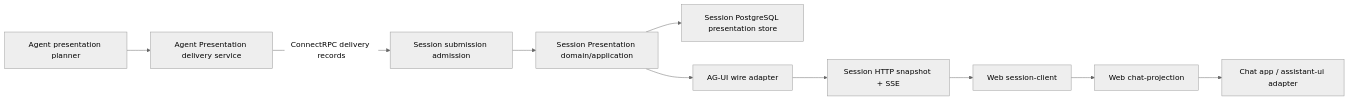
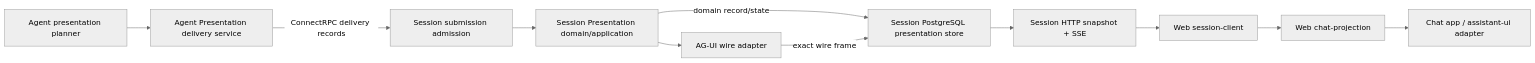
One commit to LordFoxFairy/Kokoro changed the diagram in docs/superpowers/specs/2026-08-02-codebase-taxonomy-and-presentation-boundary-hard-cut-design.md. Above: the diagram before and after it, drawn with Mermaid (neutral theme). The commit also changed other lines of this file, not shown here.

Commit message:
docs(architecture): separate presentation facts from wire frames

````diff
--- a/docs/superpowers/specs/2026-08-02-codebase-taxonomy-and-presentation-boundary-hard-cut-design.md
+++ b/docs/superpowers/specs/2026-08-02-codebase-taxonomy-and-presentation-boundary-hard-cut-design.md
@@ -226,23 +228,24 @@
 ```mermaid
 flowchart LR
     GA["Agent presentation planner"]
     Delivery["Agent Presentation delivery service"]
     Admission["Session submission admission"]
     Core["Session Presentation domain/application"]
     Store["Session PostgreSQL presentation store"]
     Agui["AG-UI wire adapter"]
     Http["Session HTTP snapshot + SSE"]
     Client["Web session-client"]
     Chat["Web chat-projection"]
     UI["Chat app / assistant-ui adapter"]
 
     GA --> Delivery
     Delivery -->|"ConnectRPC delivery records"| Admission
     Admission --> Core
-    Core --> Store
+    Core -->|"domain record/state"| Store
     Core --> Agui
-    Agui --> Http
+    Agui -->|"exact wire frame"| Store
+    Store --> Http
     Http --> Client
     Client --> Chat
     Chat --> UI
 ```
````
